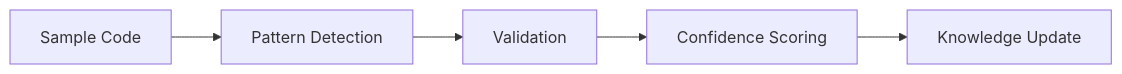
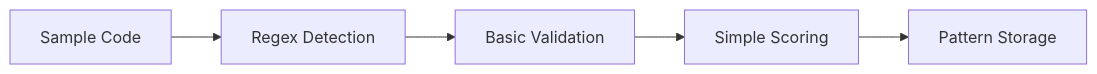
The second of 2 diagrams in docs/technical/ARCHITECTURE.md (carmandale/documentation-builder), drawn with Mermaid before and after one commit. The commit also changed other lines of this file and 19 other files, not shown here.

````diff
--- a/docs/technical/ARCHITECTURE.md
+++ b/docs/technical/ARCHITECTURE.md
@@ -48,7 +65,7 @@
    ```mermaid
    graph LR
-   A[Sample Code] --> B[Pattern Detection]
-   B --> C[Validation]
-   C --> D[Confidence Scoring]
-   D --> E[Knowledge Update]
+   A[Sample Code] --> B[Regex Detection]
+   B --> C[Basic Validation]
+   C --> D[Simple Scoring]
+   D --> E[Pattern Storage]
    ```
````
